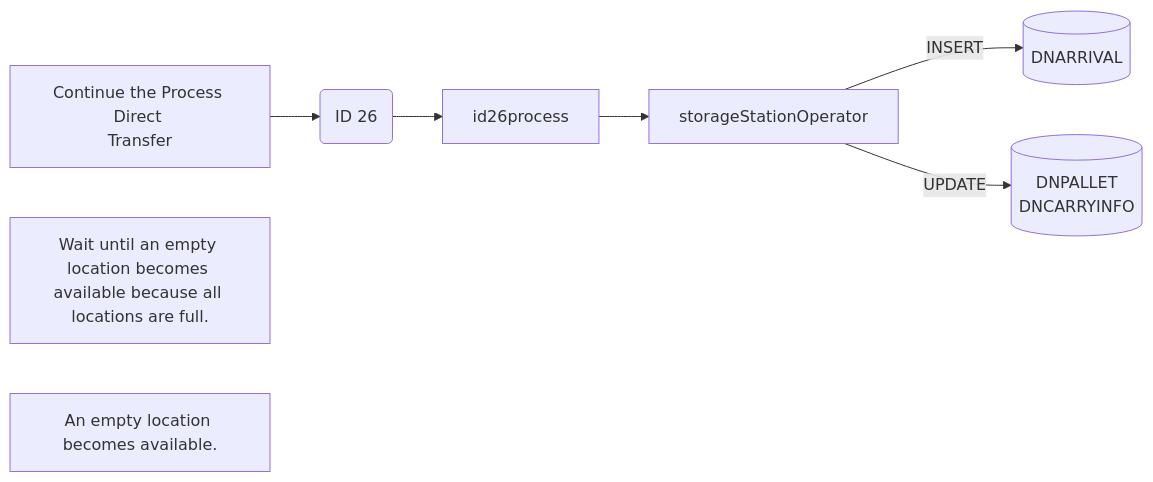
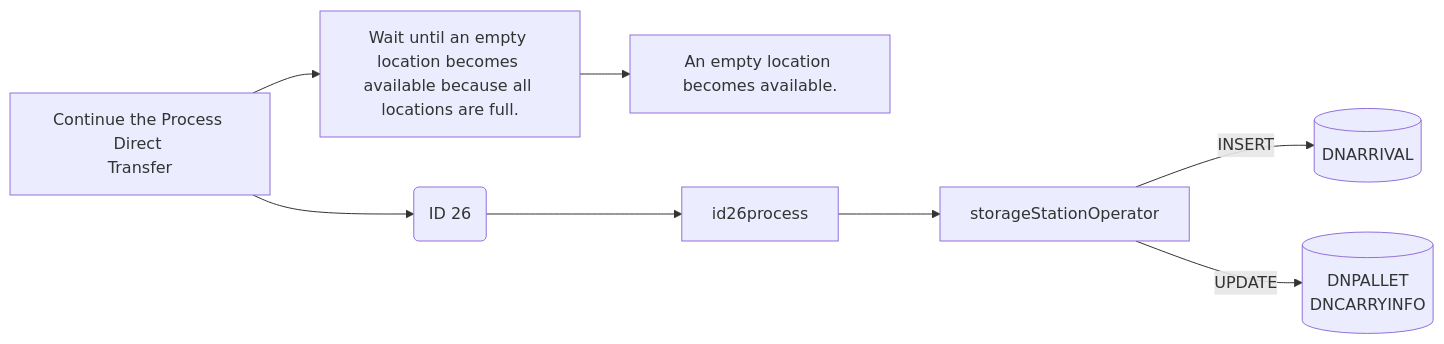
The fifth of 16 diagrams in Basic-Design/DFD-WMS/Storage/Palletizing-Settting/Irregular-Cases.md (luthfiadityaa/SimeDarby-Wiki), drawn with Mermaid before and after one commit.

Commit message:
Updated Irregular Cases

```diff
--- a/Basic-Design/DFD-WMS/Storage/Palletizing-Settting/Irregular-Cases.md
+++ b/Basic-Design/DFD-WMS/Storage/Palletizing-Settting/Irregular-Cases.md
@@ -234,35 +234,36 @@
 ::: mermaid
 flowchart LR
 
 releaseCommand["
 Continue the Process Direct 
 Transfer
 "]
 
 id26msg("
 ID 26
 ")
 
 id26-insert[("
 DNARRIVAL
 ")]
 
 id26-update[("
 DNPALLET
 DNCARRYINFO
 ")];
 
 releaseCommand2["
 Wait until an empty location becomes available because all locations are full.
 "]
 
 releaseCommand3["
 An empty location becomes available. 
 "]
 
 storageStationOperator[storageStationOperator]
 
+releaseCommand-->releaseCommand2-->releaseCommand3
 releaseCommand-->id26msg-->id26process-->storageStationOperator
 storageStationOperator--> |INSERT| id26-insert
 storageStationOperator--> |UPDATE| id26-update
 :::
```
